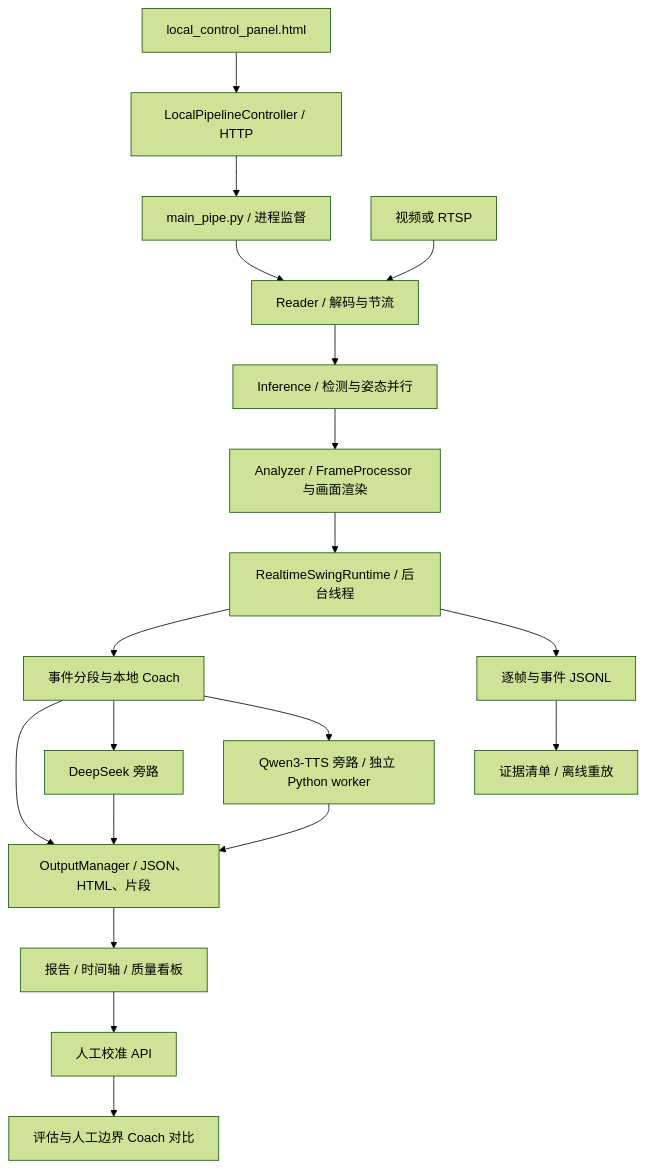
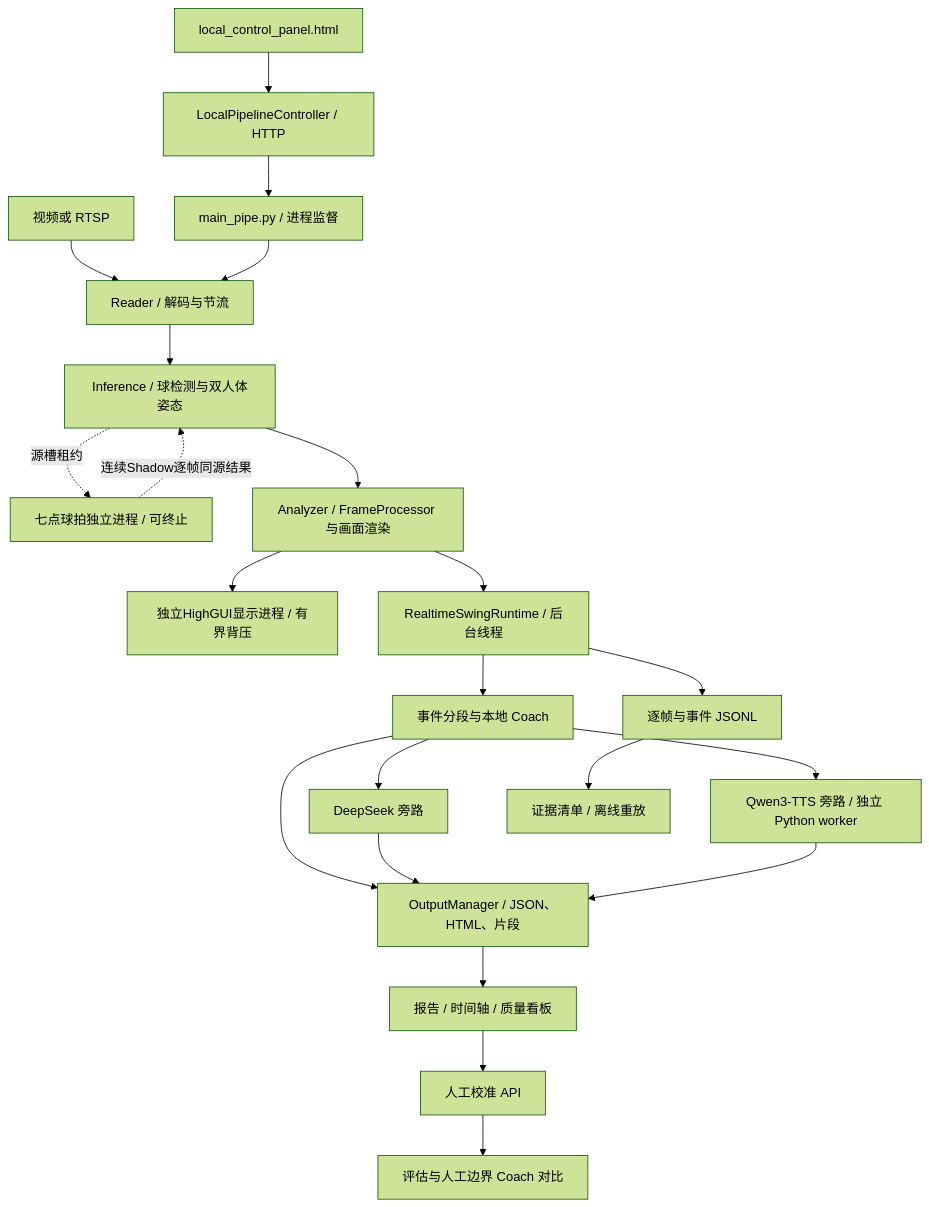
Before and after one commit to krumm2012/hehaa-pose: the diagram in docs/SYSTEM_DESIGN.md, drawn with Mermaid (forest theme). The commit also changed other lines of this file and 37 other files, not shown here.

````diff
--- a/docs/SYSTEM_DESIGN.md
+++ b/docs/SYSTEM_DESIGN.md
@@ -13,21 +13,24 @@
 ```mermaid
 flowchart TD
   UI[local_control_panel.html] --> HTTP[LocalPipelineController / HTTP]
   HTTP --> P[main_pipe.py / 进程监督]
   V[视频或 RTSP] --> R[Reader / 解码与节流]
   P --> R
-  R --> I[Inference / 检测与姿态并行]
+  R --> I[Inference / 球检测与双人体姿态]
+  I -. 源槽租约 .-> K[七点球拍独立进程 / 可终止]
+  K -. 连续Shadow逐帧同源结果 .-> I
   I --> A[Analyzer / FrameProcessor 与画面渲染]
+  A --> W[独立HighGUI显示进程 / 有界背压]
   A --> RT[RealtimeSwingRuntime / 后台线程]
   RT --> E[事件分段与本地 Coach]
   E --> O[OutputManager / JSON、HTML、片段]
   E --> D[DeepSeek 旁路]
   E --> T[Qwen3-TTS 旁路 / 独立 Python worker]
   D --> O
   T --> O
   O --> H[报告 / 时间轴 / 质量看板]
   H --> M[人工校准 API]
   M --> C[评估与人工边界 Coach 对比]
   RT --> J[逐帧与事件 JSONL]
   J --> B[证据清单 / 离线重放]
 ```
````
